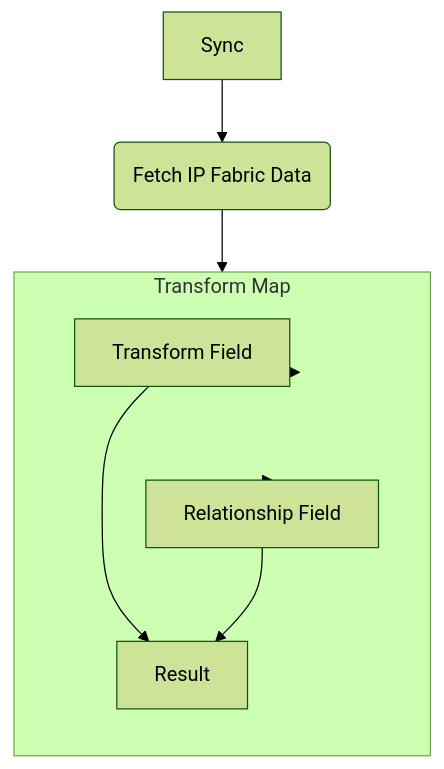
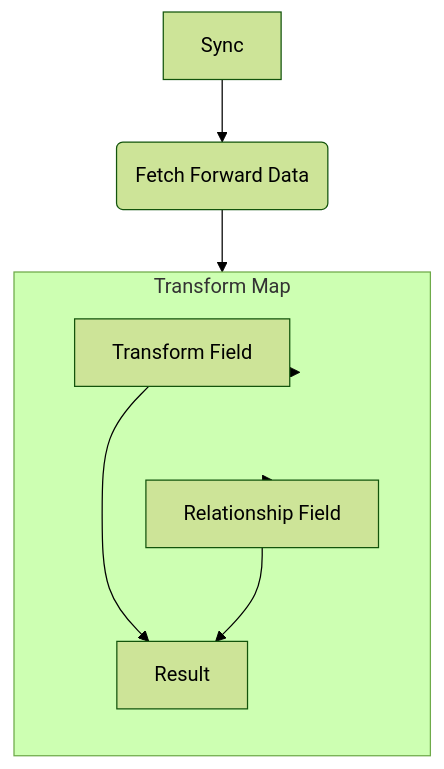
Before and after one commit to forwardnetworks/forward-netbox: the diagram in docs/01_User_Guide/transform_maps.md, drawn with Mermaid (forest theme). The commit also changed other lines of this file and 177 other files, not shown here.

````diff
--- a/docs/01_User_Guide/transform_maps.md
+++ b/docs/01_User_Guide/transform_maps.md
@@ -240,12 +240,12 @@
 ``` mermaid
 flowchart TD
-    A[Sync] -->B(Fetch IP Fabric Data)
+    A[Sync] -->B(Fetch Forward Data)
     subgraph TM[Transform Map]
       direction TB
       TF[Transform Field] --> RESULT[Result]
       RF[Relationship Field] --> RESULT[Result]
     end
     B --> TM
     TM --> TF
     TM --> RF
 ```
````
